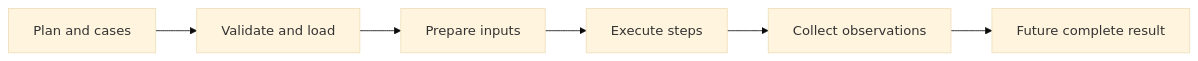
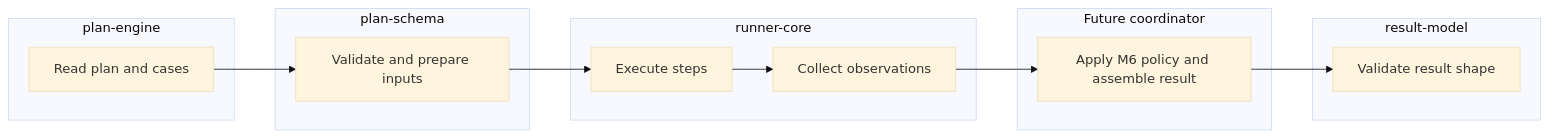
The diagram in Learning Plan/Phase 1/Lessons/13-integration-review.md (Scott-D-Hodgson/stagehand), drawn with Mermaid (base theme) before and after one commit. The commit also changed 50 other files, not shown here.

````diff
--- a/Learning Plan/Phase 1/Lessons/13-integration-review.md
+++ b/Learning Plan/Phase 1/Lessons/13-integration-review.md
@@ -7,8 +7,22 @@
 ```mermaid
 flowchart LR
-    A[Plan and cases] --> V[Validate and load]
-    V --> P[Prepare inputs]
-    P --> E[Execute steps]
-    E --> O[Collect observations]
-    O --> R[Future complete result]
+    subgraph E[plan-engine]
+        A[Read plan and cases]
+    end
+    subgraph S[plan-schema]
+        V[Validate and prepare inputs]
+    end
+    subgraph R[runner-core]
+        X[Execute steps] --> O[Collect observations]
+    end
+    subgraph C[Future coordinator]
+        Z[Apply M6 policy and assemble result]
+    end
+    subgraph M[result-model]
+        Q[Validate result shape]
+    end
+    A --> V
+    V --> X
+    O --> Z
+    Z --> Q
 ```
````
